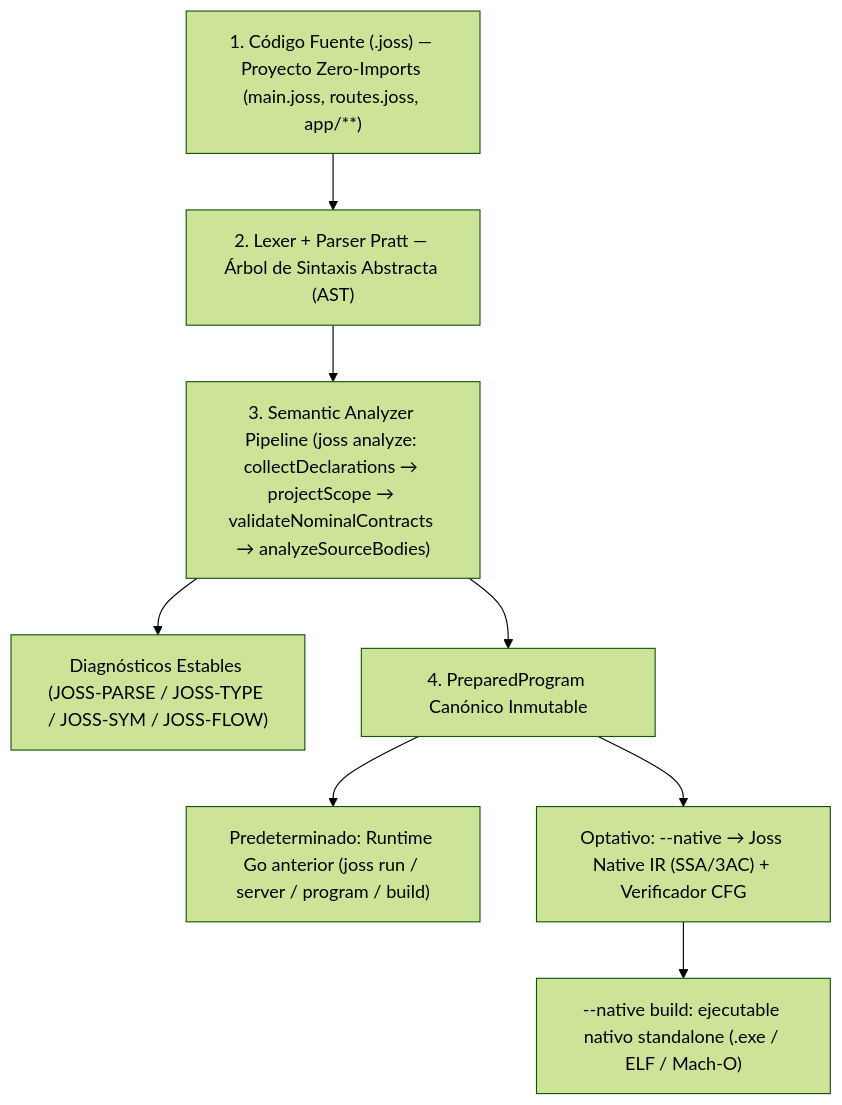
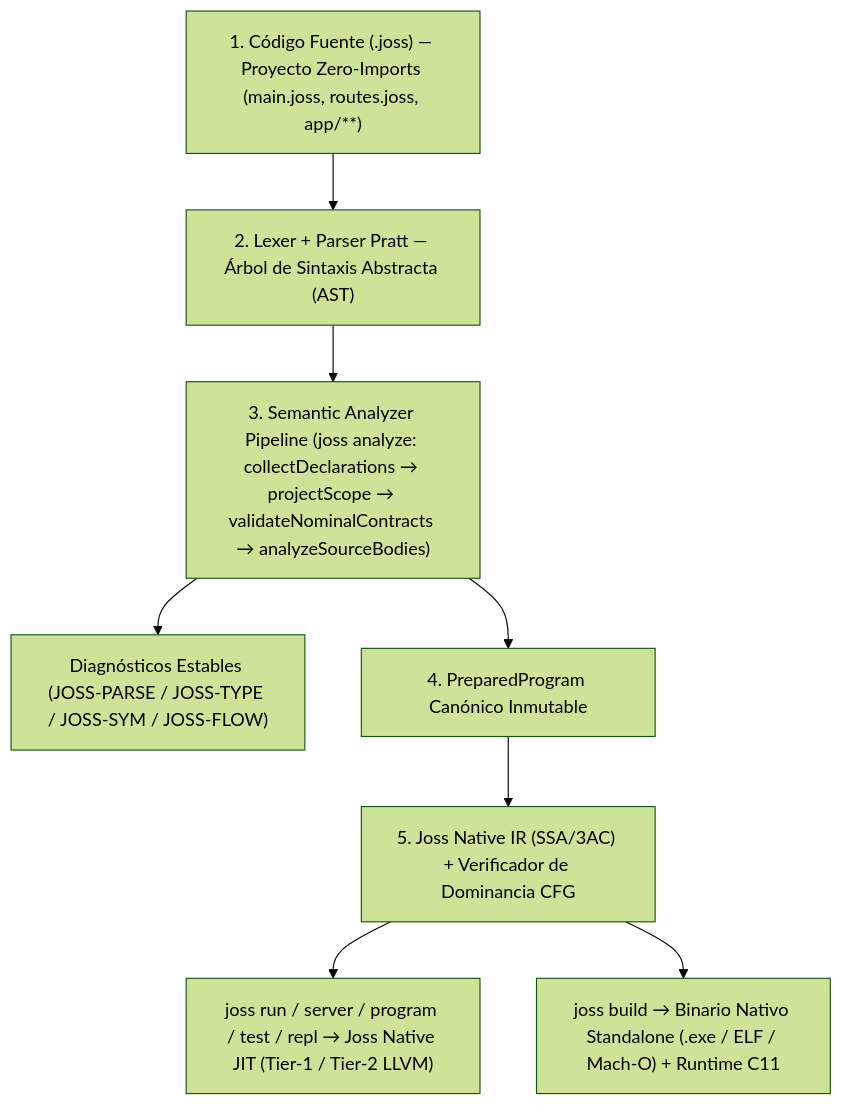
The first of 3 diagrams in README.md (joss-language/Joss-Programming-Language), drawn with Mermaid (forest theme) before and after one commit. The commit also changed other lines of this file and 8 other files, not shown here.

Commit message:
docs(benchmark): update benchmark.md with v3.6.8.3 Joss Native results and sync README/docs for 100% native engine

````diff
--- a/README.md
+++ b/README.md
@@ -64,10 +64,10 @@
 ```mermaid
 flowchart TD
     SRC["1. Código Fuente (.joss) — Proyecto Zero-Imports (main.joss, routes.joss, app/**)"] --> LEX["2. Lexer + Parser Pratt — Árbol de Sintaxis Abstracta (AST)"]
     LEX --> ANA["3. Semantic Analyzer Pipeline (joss analyze: collectDeclarations → projectScope → validateNominalContracts → analyzeSourceBodies)"]
     ANA --> DIAG["Diagnósticos Estables (JOSS-PARSE / JOSS-TYPE / JOSS-SYM / JOSS-FLOW)"]
     ANA --> PREP["4. PreparedProgram Canónico Inmutable"]
-    PREP --> RUN["Predeterminado: Runtime Go anterior (joss run / server / program / build)"]
-    PREP --> IR["Optativo: --native → Joss Native IR (SSA/3AC) + Verificador CFG"]
-    IR --> BIN["--native build: ejecutable nativo standalone (.exe / ELF / Mach-O)"]
+    PREP --> IR["5. Joss Native IR (SSA/3AC) + Verificador de Dominancia CFG"]
+    IR --> JIT["joss run / server / program / test / repl → Joss Native JIT (Tier-1 / Tier-2 LLVM)"]
+    IR --> BIN["joss build → Binario Nativo Standalone (.exe / ELF / Mach-O) + Runtime C11"]
 ```
````
